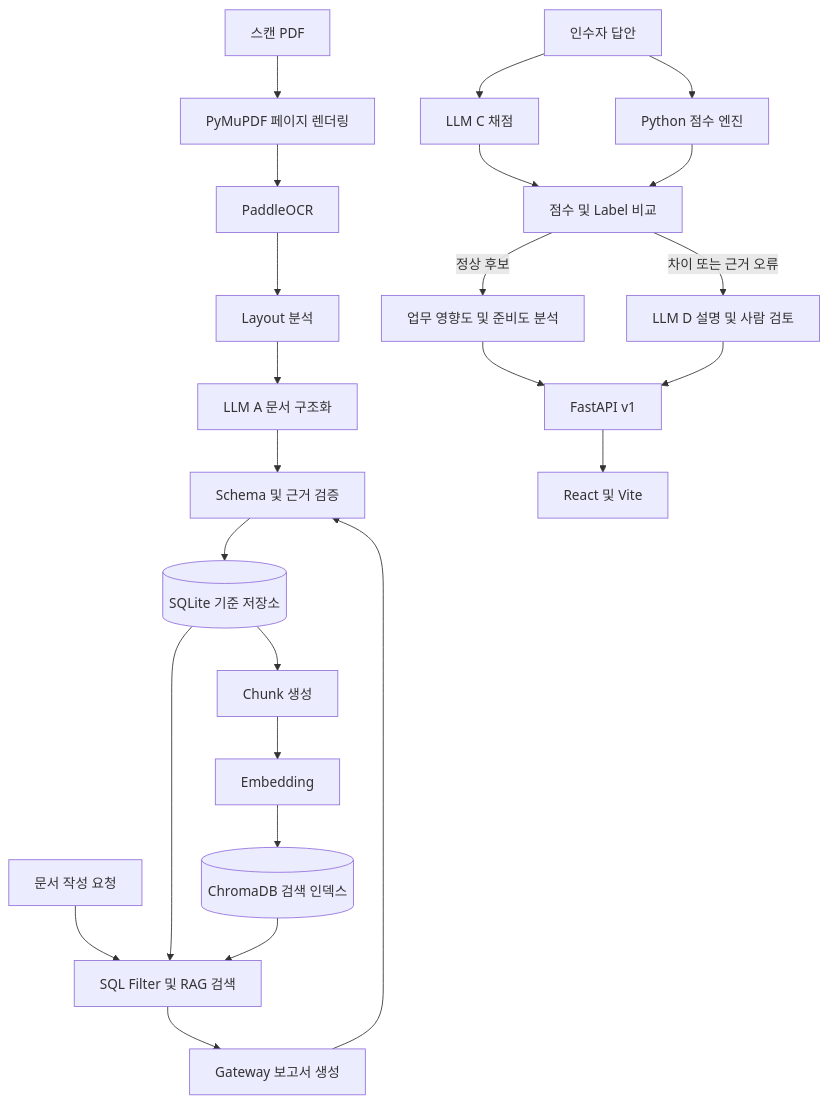
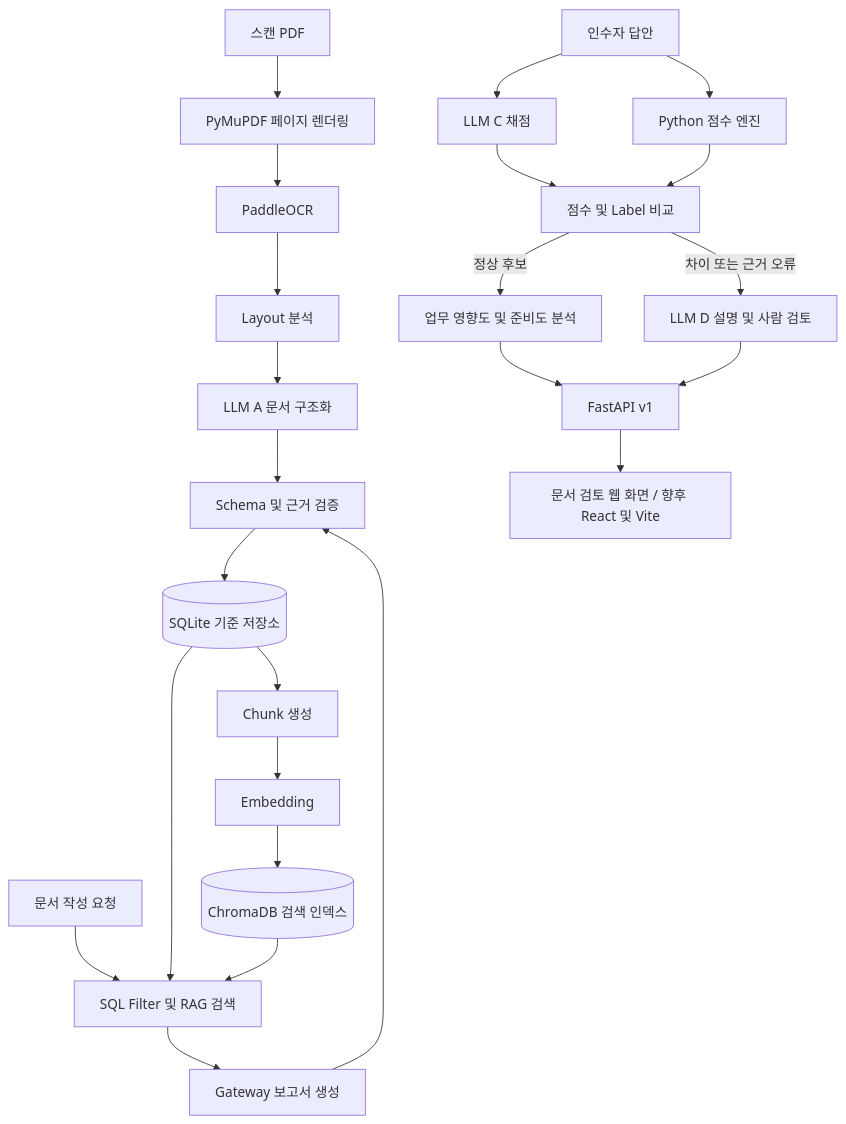
Before and after one commit to theDizzt/Local_LLM_Handover-: the diagram in docs/architecture.md, drawn with Mermaid. The commit also changed other lines of this file and 94 other files, not shown here.

````diff
--- a/docs/architecture.md
+++ b/docs/architecture.md
@@ -8,28 +8,28 @@
 ```mermaid
 flowchart TD
     PDF[스캔 PDF] --> Render[PyMuPDF 페이지 렌더링]
     Render --> OCR[PaddleOCR]
     OCR --> Layout[Layout 분석]
     Layout --> Extract[LLM A 문서 구조화]
     Extract --> Validate[Schema 및 근거 검증]
     Validate --> SQLite[(SQLite 기준 저장소)]
     SQLite --> Chunk[Chunk 생성]
     Chunk --> Embed[Embedding]
     Embed --> Chroma[(ChromaDB 검색 인덱스)]
 
     Request[문서 작성 요청] --> Search[SQL Filter 및 RAG 검색]
     SQLite --> Search
     Chroma --> Search
     Search --> Report[Gateway 보고서 생성]
     Report --> Validate
 
     Answer[인수자 답안] --> LLMEval[LLM C 채점]
     Answer --> PythonEval[Python 점수 엔진]
     LLMEval --> Compare[점수 및 Label 비교]
     PythonEval --> Compare
     Compare -->|정상 후보| Analysis[업무 영향도 및 준비도 분석]
     Compare -->|차이 또는 근거 오류| Review[LLM D 설명 및 사람 검토]
     Analysis --> API[FastAPI v1]
     Review --> API
-    API --> UI[React 및 Vite]
+    API --> UI[문서 검토 웹 화면 / 향후 React 및 Vite]
 ```
````
